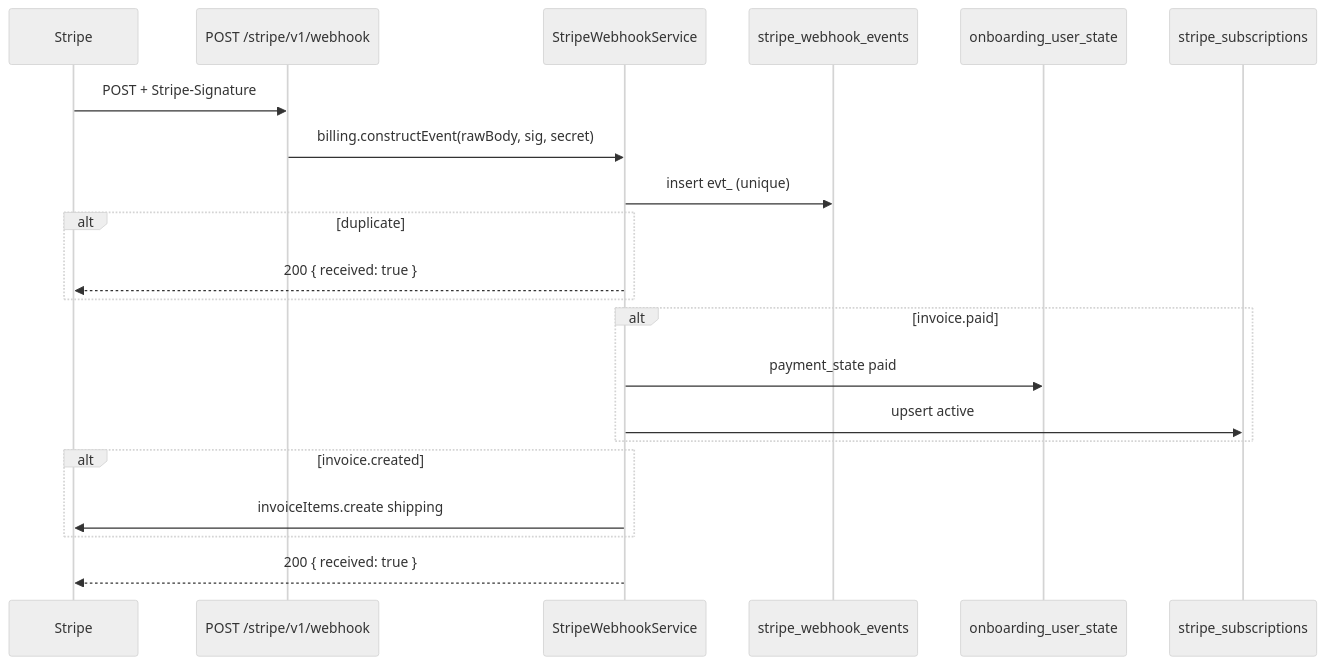
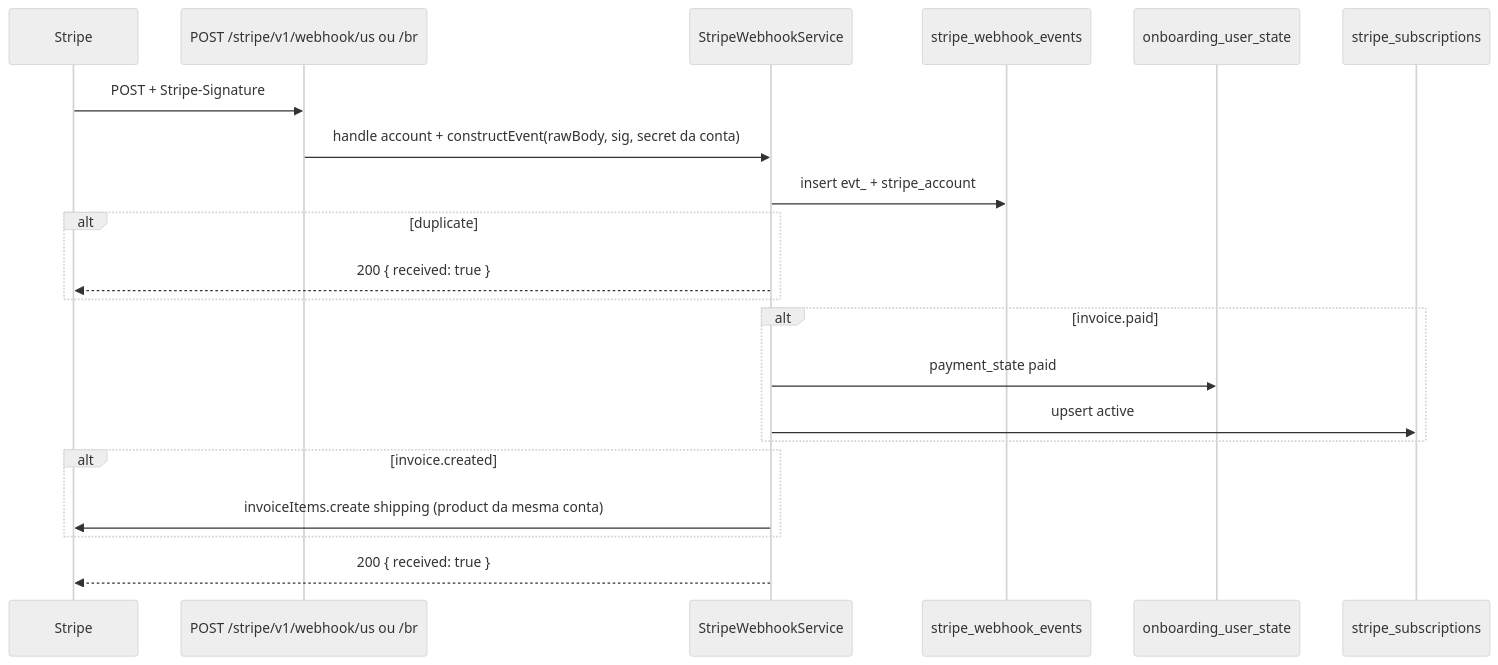
Before and after one commit to charles-mendes/eden-bowls-backend: the diagram in docs-new/other-routers/ROTA_STRIPE_WEBHOOK.md, drawn with Mermaid (neutral theme). The commit also changed other lines of this file and 5 other files, not shown here.

First line of the commit message:
Update Stripe webhook documentation and enhance multi-account handling

````diff
--- a/docs-new/other-routers/ROTA_STRIPE_WEBHOOK.md
+++ b/docs-new/other-routers/ROTA_STRIPE_WEBHOOK.md
@@ -116,24 +127,24 @@
 ```mermaid
 sequenceDiagram
     participant Stripe
-    participant RT as POST /stripe/v1/webhook
+    participant RT as POST /stripe/v1/webhook/us ou /br
     participant SV as StripeWebhookService
     participant EVT as stripe_webhook_events
     participant ST as onboarding_user_state
     participant LED as stripe_subscriptions
 
     Stripe->>RT: POST + Stripe-Signature
-    RT->>SV: billing.constructEvent(rawBody, sig, secret)
-    SV->>EVT: insert evt_ (unique)
+    RT->>SV: handle account + constructEvent(rawBody, sig, secret da conta)
+    SV->>EVT: insert evt_ + stripe_account
     alt duplicate
         SV-->>Stripe: 200 { received: true }
     end
     alt invoice.paid
         SV->>ST: payment_state paid
         SV->>LED: upsert active
     end
     alt invoice.created
-        SV->>Stripe: invoiceItems.create shipping
+        SV->>Stripe: invoiceItems.create shipping (product da mesma conta)
     end
     SV-->>Stripe: 200 { received: true }
 ```
````
